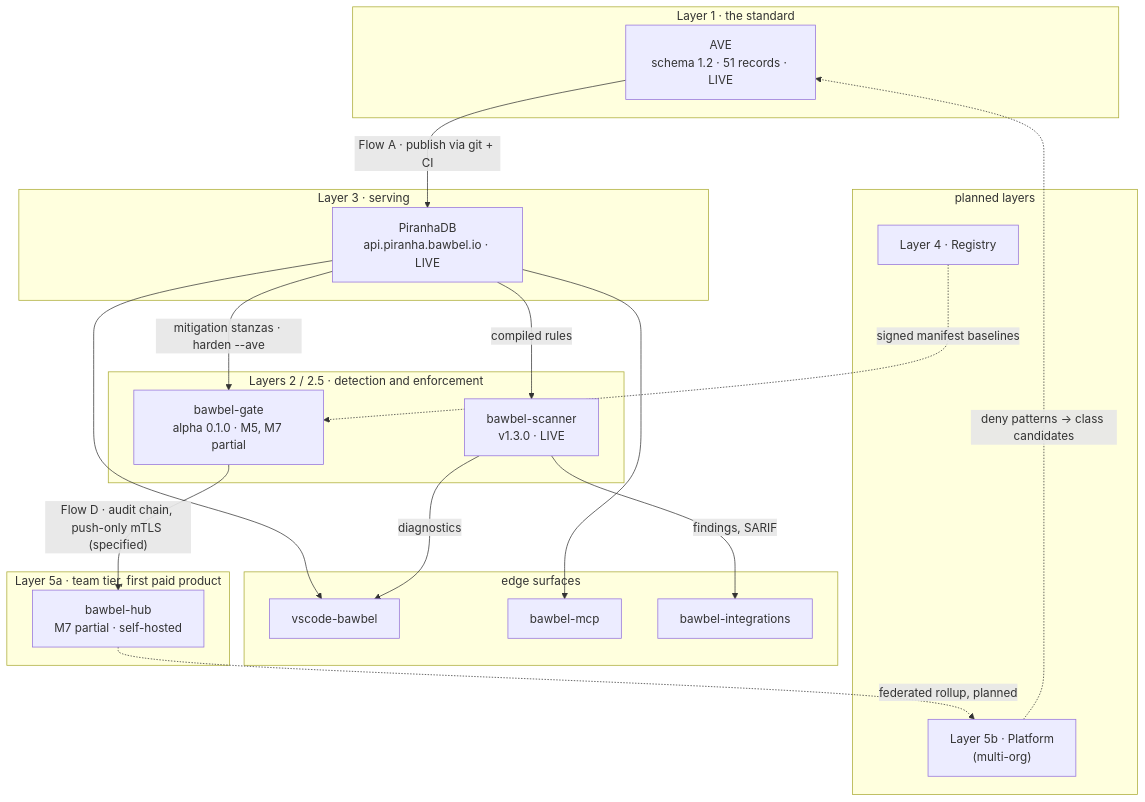
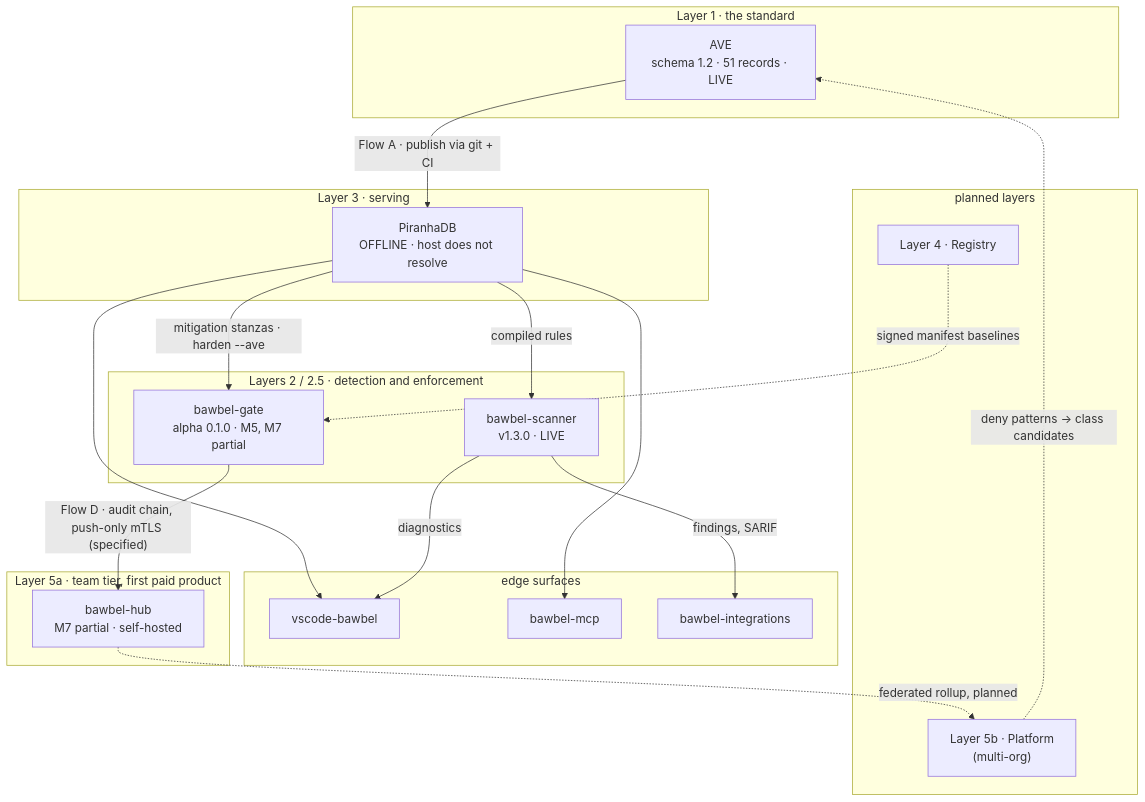
One commit to bawbel/gate changed the first of 4 diagrams in ARCHITECTURE.md. Above: the diagram before and after it, drawn with Mermaid. The commit also changed other lines of this file, not shown here.

First line of the commit message:
docs: ARCHITECTURE.md shows PiranhaDB as offline

````diff
--- a/ARCHITECTURE.md
+++ b/ARCHITECTURE.md
@@ -60,37 +60,37 @@
 ```mermaid
 flowchart TB
     subgraph L1["Layer 1 · the standard"]
         AVE["AVE<br/>schema 1.2 · 51 records · LIVE"]
     end
     subgraph L3["Layer 3 · serving"]
-        PDB["PiranhaDB<br/>api.piranha.bawbel.io · LIVE"]
+        PDB["PiranhaDB<br/>OFFLINE · host does not resolve"]
     end
     subgraph L2["Layers 2 / 2.5 · detection and enforcement"]
         SCN["bawbel-scanner<br/>v1.3.0 · LIVE"]
         GATE["bawbel-gate<br/>alpha 0.1.0 · M5, M7 partial"]
     end
     subgraph EDGE["edge surfaces"]
         IDE["vscode-bawbel"]
         BMCP["bawbel-mcp"]
         CI["bawbel-integrations"]
     end
     subgraph L5A["Layer 5a · team tier, first paid product"]
         HUB["bawbel-hub<br/>M7 partial · self-hosted"]
     end
     subgraph PLAN["planned layers"]
         REG["Layer 4 · Registry"]
         PLAT["Layer 5b · Platform<br/>(multi-org)"]
     end
 
     AVE -->|"Flow A · publish via git + CI"| PDB
     PDB -->|"compiled rules"| SCN
     PDB -->|"mitigation stanzas · harden --ave"| GATE
     PDB --> IDE
     PDB --> BMCP
     SCN -->|"findings, SARIF"| CI
     SCN -->|"diagnostics"| IDE
     GATE -->|"Flow D · audit chain, push-only mTLS (specified)"| HUB
     HUB -.->|"federated rollup, planned"| PLAT
     REG -.->|"signed manifest baselines"| GATE
     PLAT -.->|"deny patterns → class candidates"| AVE
 ```
````
